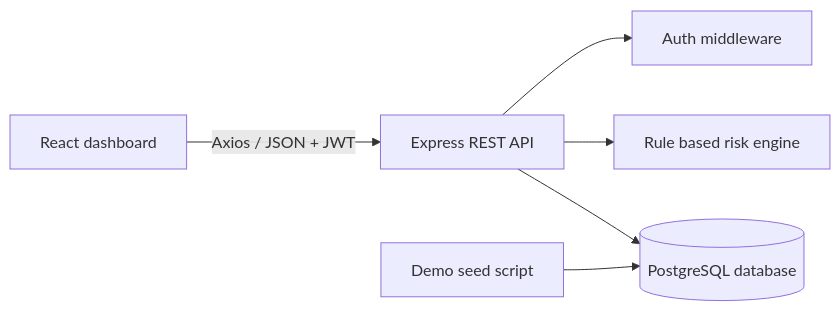
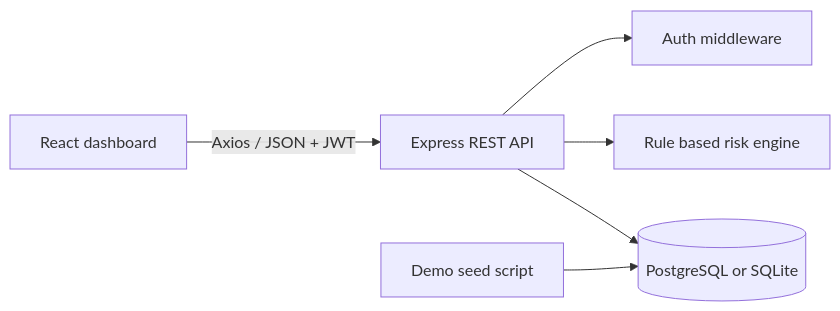
The first of 2 diagrams in README.md (aakash04-creator/VoltTrack_Lite-), drawn with Mermaid before and after one commit. The commit also changed other lines of this file and 23 other files, not shown here.

Commit message:
Add SQLite backend alongside PostgreSQL

````diff
--- a/README.md
+++ b/README.md
@@ -27,8 +28,8 @@
 ```mermaid
 flowchart LR
   Browser[React dashboard] -->|Axios / JSON + JWT| API[Express REST API]
   API --> Auth[Auth middleware]
   API --> Engine[Rule based risk engine]
-  API --> DB[(PostgreSQL database)]
+  API --> DB[(PostgreSQL or SQLite)]
   Seed[Demo seed script] --> DB
 ```
````
